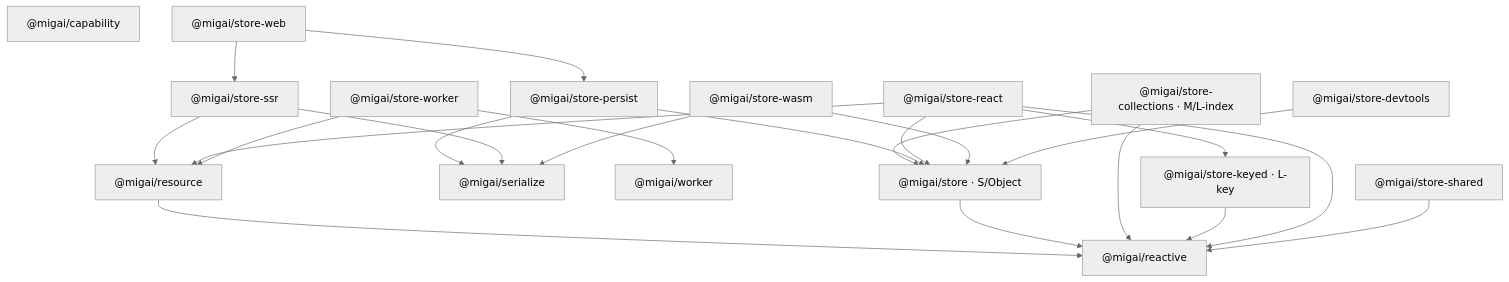
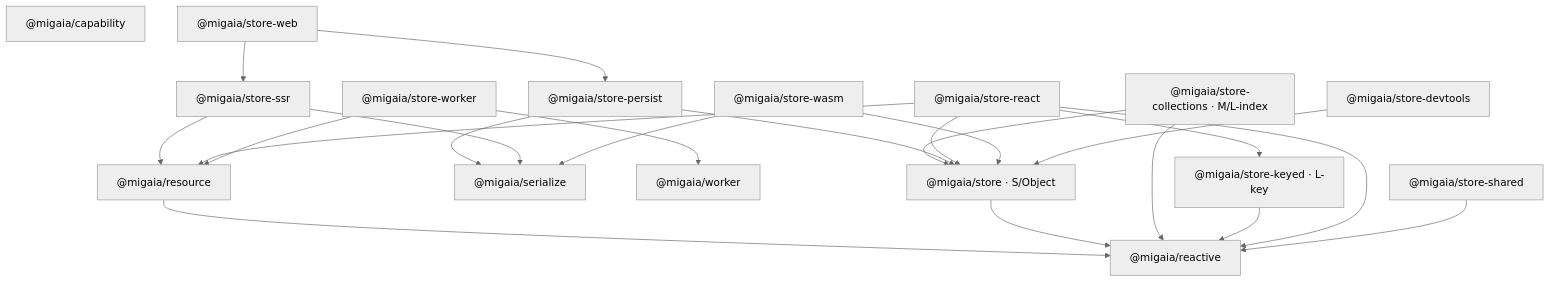
The diagram in docs/store/store-package-decomposition.sdd.md (migaia/migaia), drawn with Mermaid (neutral theme) before and after one commit. The commit also changed other lines of this file and 206 other files, not shown here.

````diff
--- a/docs/store/store-package-decomposition.sdd.md
+++ b/docs/store/store-package-decomposition.sdd.md
@@ -74,43 +75,43 @@
 ```mermaid
 flowchart TD
-  R["@migai/reactive"]
-  A["@migai/resource"]
-  Z["@migai/serialize"]
-  C["@migai/capability"]
-  W["@migai/worker"]
+  R["@migaia/reactive"]
+  A["@migaia/resource"]
+  Z["@migaia/serialize"]
+  C["@migaia/capability"]
+  W["@migaia/worker"]
 
-  S["@migai/store · S/Object"]
-  M["@migai/store-collections · M/L-index"]
-  K["@migai/store-keyed · L-key"]
+  S["@migaia/store · S/Object"]
+  M["@migaia/store-collections · M/L-index"]
+  K["@migaia/store-keyed · L-key"]
 
-  P["@migai/store-persist"]
-  WEB["@migai/store-web"]
-  SSR["@migai/store-ssr"]
-  REACT["@migai/store-react"]
-  SW["@migai/store-worker"]
-  WASM["@migai/store-wasm"]
-  SAB["@migai/store-shared"]
-  DIAG["@migai/store-devtools"]
+  P["@migaia/store-persist"]
+  WEB["@migaia/store-web"]
+  SSR["@migaia/store-ssr"]
+  REACT["@migaia/store-react"]
+  SW["@migaia/store-worker"]
+  WASM["@migaia/store-wasm"]
+  SAB["@migaia/store-shared"]
+  DIAG["@migaia/store-devtools"]
 
   A --> R
   S --> R
   M --> R
   M --> S
   K --> R
   P --> S
   P --> Z
   WEB --> P
   WEB --> SSR
   SSR --> A
   SSR --> Z
   REACT --> R
   REACT --> S
   REACT --> A
   REACT --> K
   SW --> W
   SW --> A
   WASM --> S
   WASM --> Z
   SAB --> R
   DIAG --> S
 ```
````
